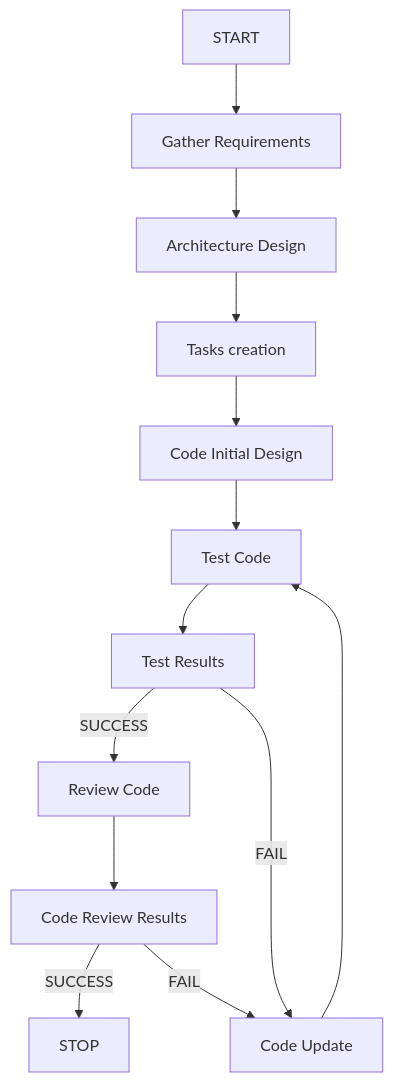
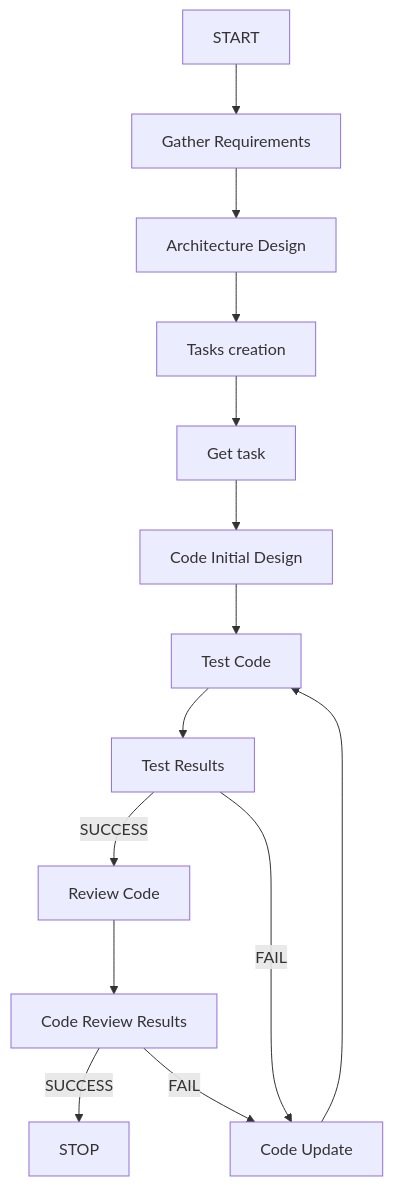
Before and after one commit to Moonsong-Labs/ai-nexus: the diagram in src/orchestrator/memory/project_states.md, drawn with Mermaid. The commit also changed other lines of this file and 10 other files, not shown here.

````diff
--- a/src/orchestrator/memory/project_states.md
+++ b/src/orchestrator/memory/project_states.md
@@ -14,15 +15,16 @@
 ```mermaid
 graph TD;
     START --> RQ[Gather Requirements];
     RQ --> AR[Architecture Design];
     AR --> TM[Tasks creation];
-    TM --> CI[Code Initial Design]
+    TM --> GT[Get task];
+    GT --> CI[Code Initial Design]
     CI --> TS[Test Code];
     TS --> TR[Test Results];
     TR --> |SUCCESS| RW[Review Code];
     TR --> |FAIL| CU[Code Update];
     CU --> TS;
     RW --> RR[Code Review Results];
     RR --> |SUCCESS| STOP;
     RR --> |FAIL| CU[Code Update];
 ```
````
